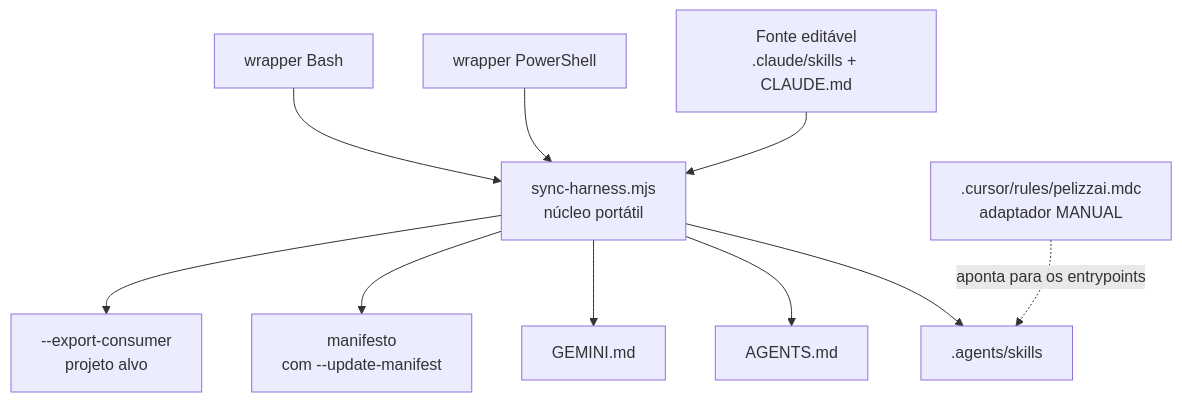
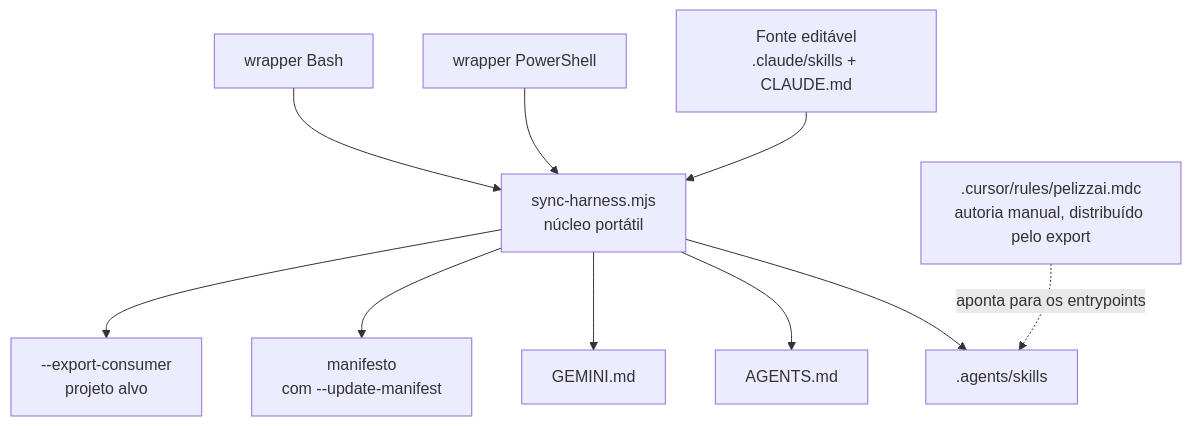
One commit to rpelizza/PelizzAI changed the eighth of 8 diagrams in README.md. Above: the diagram before and after it, drawn with Mermaid. The commit also changed other lines of this file and 2 other files, not shown here.

First line of the commit message:
feat(distribuicao): export-consumer distribui o adaptador Cursor

````diff
--- a/README.md
+++ b/README.md
@@ -425,12 +425,12 @@
 ```mermaid
 flowchart TD
     SRC["Fonte editável<br/>.claude/skills + CLAUDE.md"] --> SYNC["sync-harness.mjs<br/>núcleo portátil"]
     PS["wrapper PowerShell"] --> SYNC
     SH["wrapper Bash"] --> SYNC
     SYNC --> AS[".agents/skills"]
     SYNC --> AG["AGENTS.md"]
     SYNC --> GE["GEMINI.md"]
     SYNC --> MF["manifesto<br/>com --update-manifest"]
     SYNC --> EXP["--export-consumer<br/>projeto alvo"]
-    CUR[".cursor/rules/pelizzai.mdc<br/>adaptador MANUAL"] -.->|aponta para os entrypoints| AS
+    CUR[".cursor/rules/pelizzai.mdc<br/>autoria manual, distribuído pelo export"] -.->|aponta para os entrypoints| AS
 ```
````
